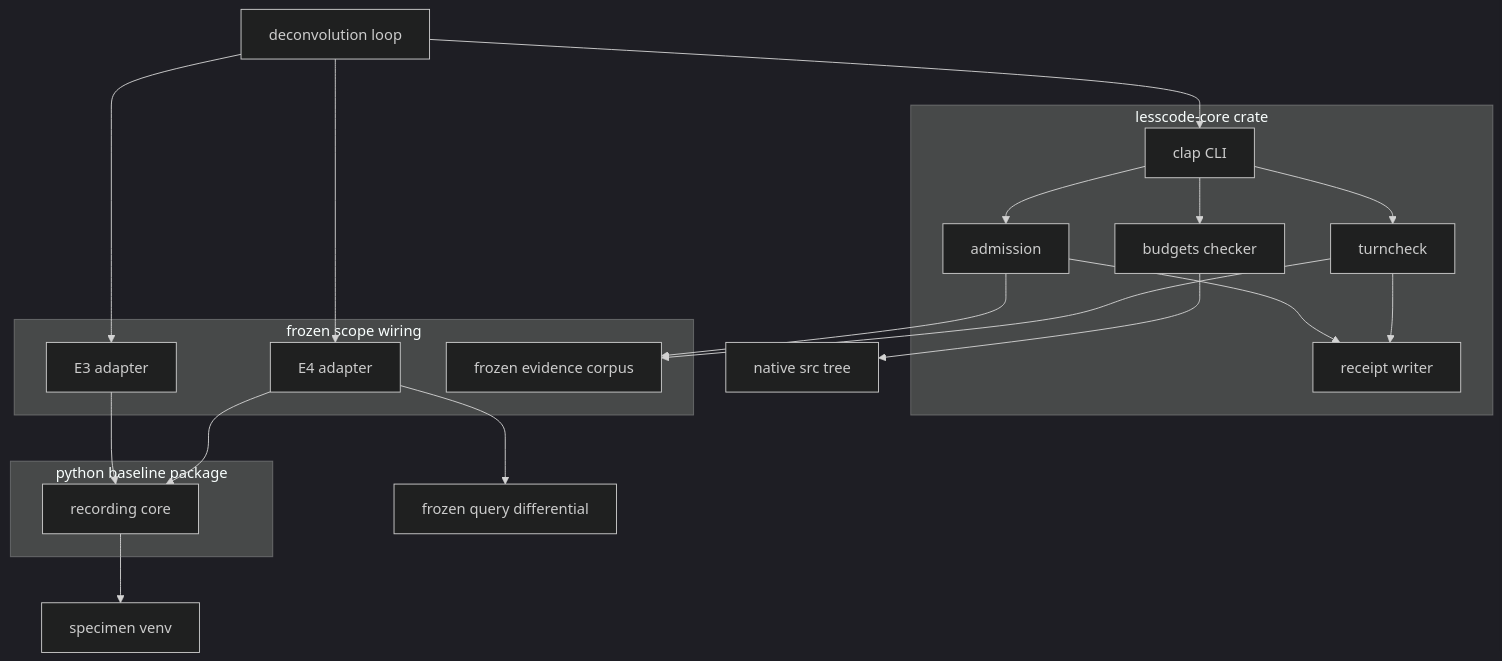
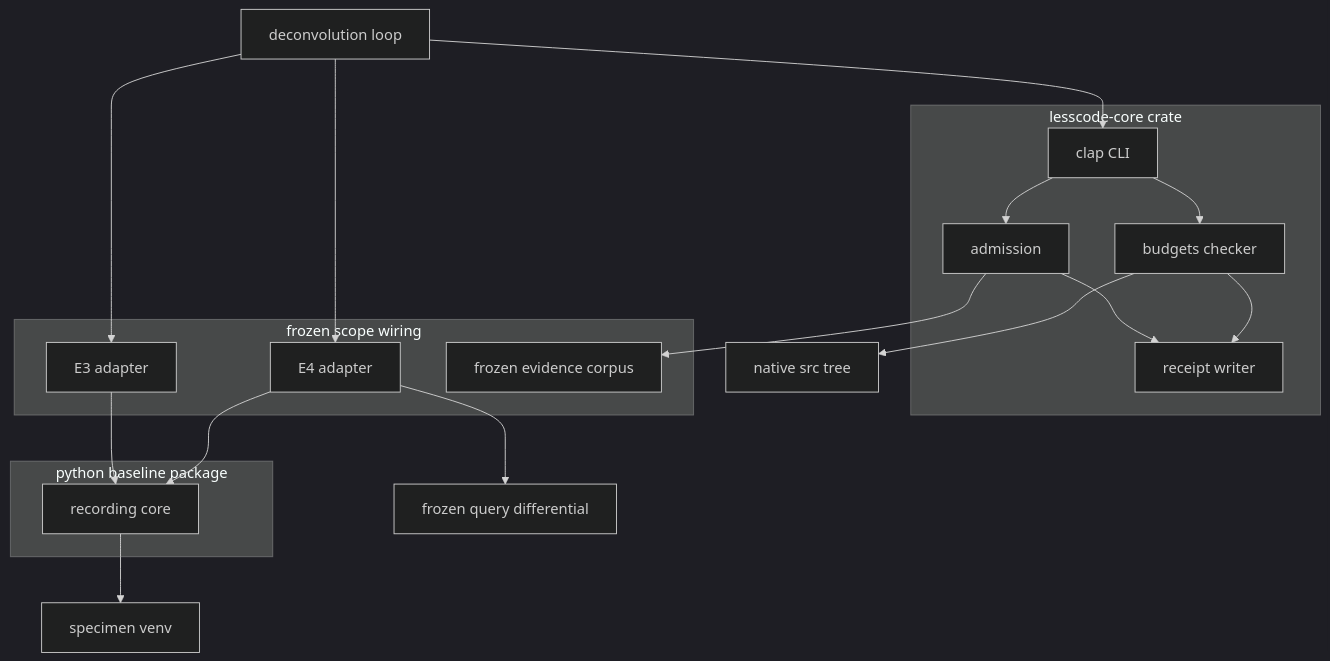
One commit to norandom/lesscode changed the first of 4 diagrams in .kiro/specs/deconvolution-native-core/design.md. Above: the diagram before and after it, drawn with Mermaid (dark theme). The commit also changed other lines of this file and 2 other files, not shown here.

````diff
--- a/.kiro/specs/deconvolution-native-core/design.md
+++ b/.kiro/specs/deconvolution-native-core/design.md
@@ -140,37 +187,34 @@
 ```mermaid
 graph TB
     subgraph NativeCore[lesscode-core crate]
         CLI[clap CLI]
         Admission[admission]
         Receipt[receipt writer]
-        Turncheck[turncheck]
         Budgets[budgets checker]
     end
     subgraph PythonProduct[python baseline package]
         Recording[recording core]
     end
     subgraph FrozenScopes[frozen scope wiring]
         AdapterE3[E3 adapter]
         AdapterE4[E4 adapter]
         Evidence[frozen evidence corpus]
     end
     Specimen[specimen venv]
     QueryEvidence[frozen query differential]
     Loop[deconvolution loop]
     NativeSources[native src tree]
     CLI --> Admission
-    CLI --> Turncheck
     CLI --> Budgets
     Admission --> Receipt
-    Turncheck --> Receipt
+    Budgets --> Receipt
     Budgets --> NativeSources
     AdapterE3 --> Recording
     AdapterE4 --> Recording
     Recording --> Specimen
     AdapterE4 --> QueryEvidence
     Admission --> Evidence
-    Turncheck --> Evidence
     Loop --> CLI
     Loop --> AdapterE3
     Loop --> AdapterE4
 ```
````
